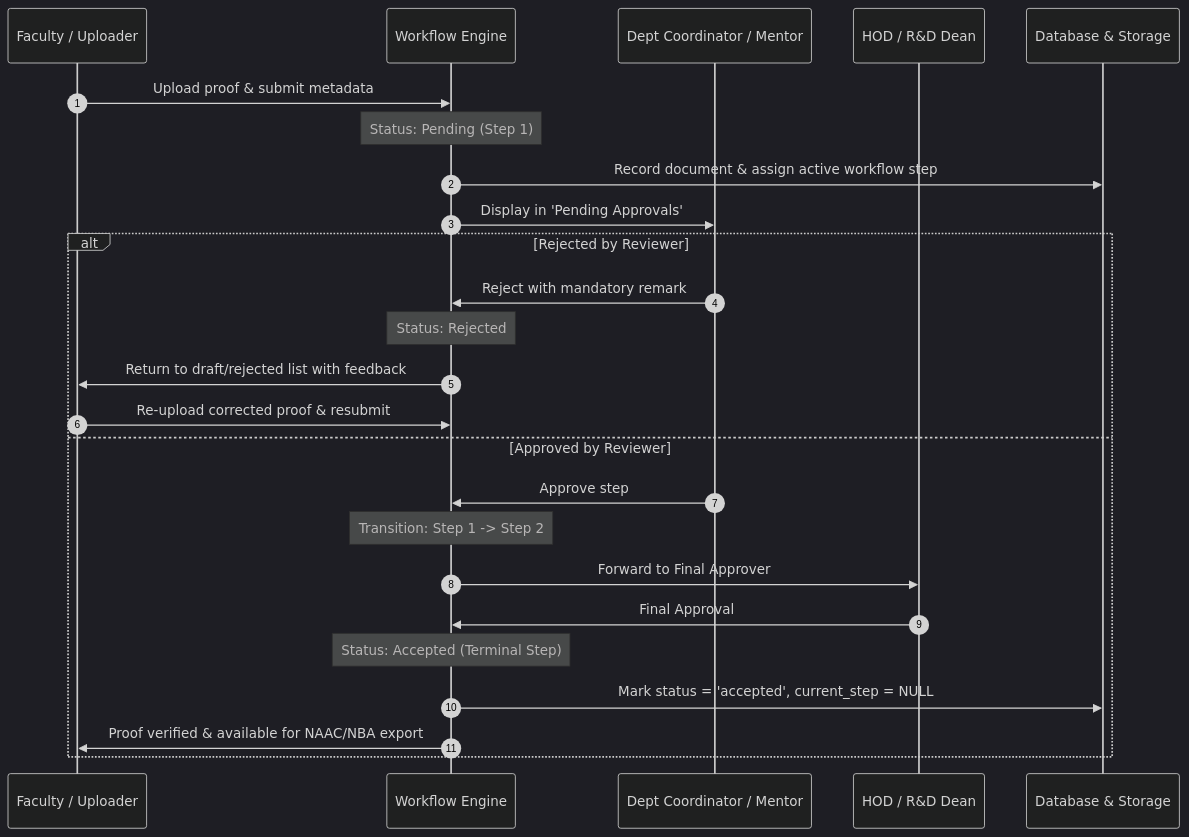
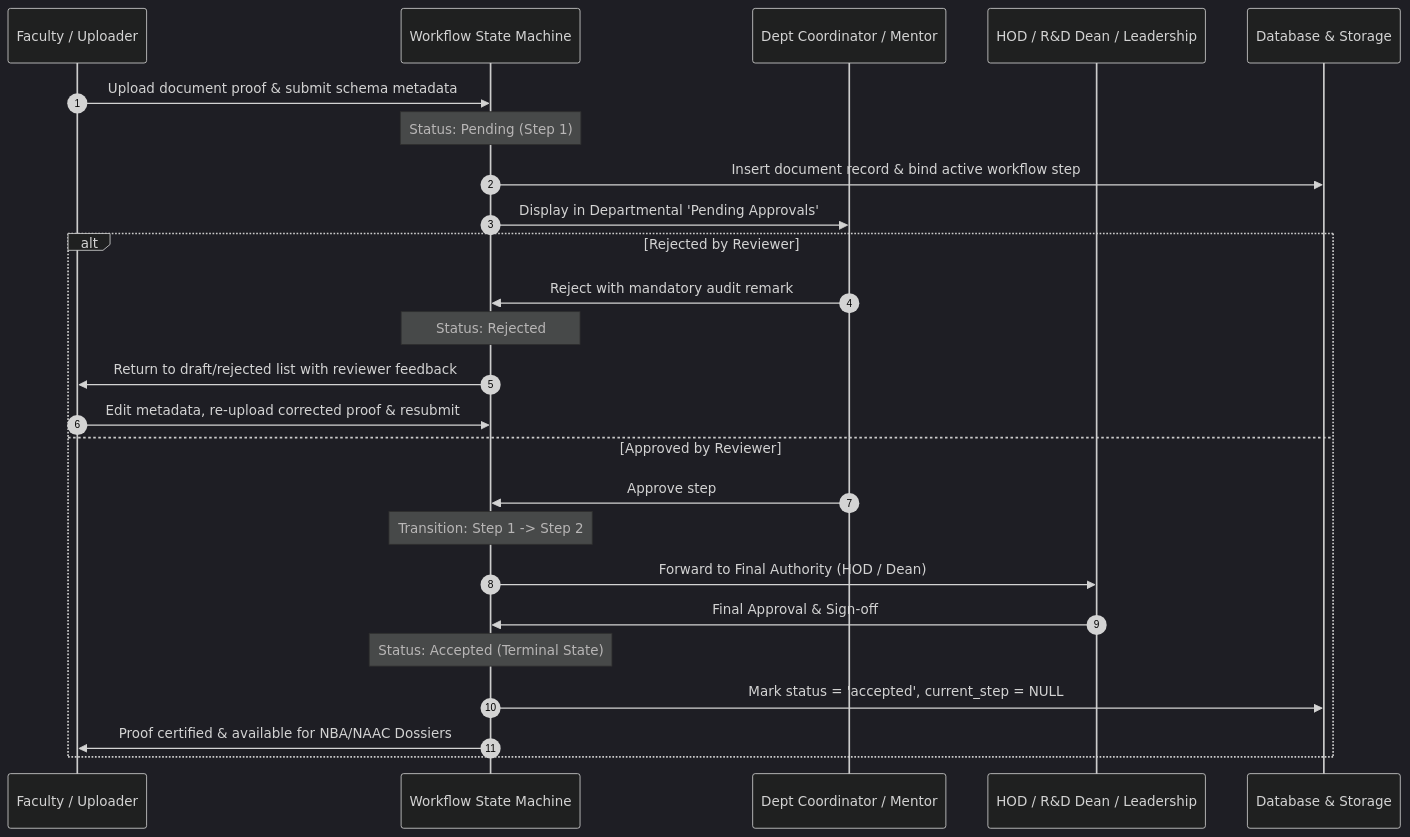
One commit to Karanam-Gowtham/FMS changed the second of 2 diagrams in README.md. Above: the diagram before and after it, drawn with Mermaid (dark theme). The commit also changed other lines of this file, not shown here.

Commit message:
docs: update README with complete modernized architecture, CI/CD pipeline, and deployment guide

````diff
--- a/README.md
+++ b/README.md
@@ -96,28 +124,28 @@
 ```mermaid
 sequenceDiagram
     autonumber
     participant Faculty as Faculty / Uploader
-    participant Engine as Workflow Engine
+    participant Engine as Workflow State Machine
     participant Coordinator as Dept Coordinator / Mentor
-    participant HOD as HOD / R&D Dean
+    participant HOD as HOD / R&D Dean / Leadership
     participant Storage as Database & Storage
 
-    Faculty->>Engine: Upload proof & submit metadata
+    Faculty->>Engine: Upload document proof & submit schema metadata
     Note over Engine: Status: Pending (Step 1)
-    Engine->>Storage: Record document & assign active workflow step
-    Engine->>Coordinator: Display in 'Pending Approvals'
+    Engine->>Storage: Insert document record & bind active workflow step
+    Engine->>Coordinator: Display in Departmental 'Pending Approvals'
     alt Rejected by Reviewer
-        Coordinator->>Engine: Reject with mandatory remark
+        Coordinator->>Engine: Reject with mandatory audit remark
         Note over Engine: Status: Rejected
-        Engine->>Faculty: Return to draft/rejected list with feedback
-        Faculty->>Engine: Re-upload corrected proof & resubmit
+        Engine->>Faculty: Return to draft/rejected list with reviewer feedback
+        Faculty->>Engine: Edit metadata, re-upload corrected proof & resubmit
     else Approved by Reviewer
         Coordinator->>Engine: Approve step
         Note over Engine: Transition: Step 1 -> Step 2
-        Engine->>HOD: Forward to Final Approver
-        HOD->>Engine: Final Approval
-        Note over Engine: Status: Accepted (Terminal Step)
+        Engine->>HOD: Forward to Final Authority (HOD / Dean)
+        HOD->>Engine: Final Approval & Sign-off
+        Note over Engine: Status: Accepted (Terminal State)
         Engine->>Storage: Mark status = 'accepted', current_step = NULL
-        Engine->>Faculty: Proof verified & available for NAAC/NBA export
+        Engine->>Faculty: Proof certified & available for NBA/NAAC Dossiers
     end
 ```
````
